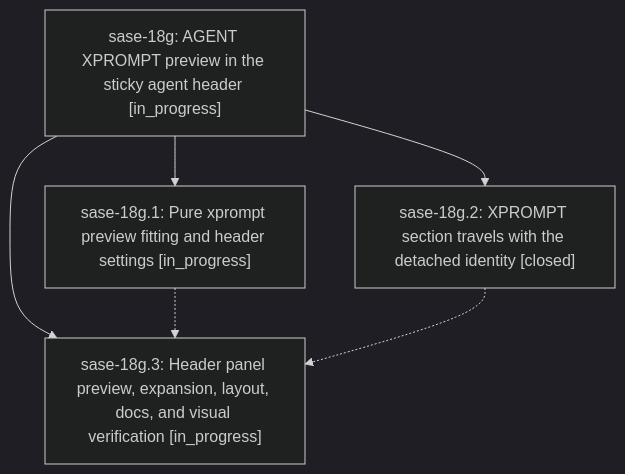
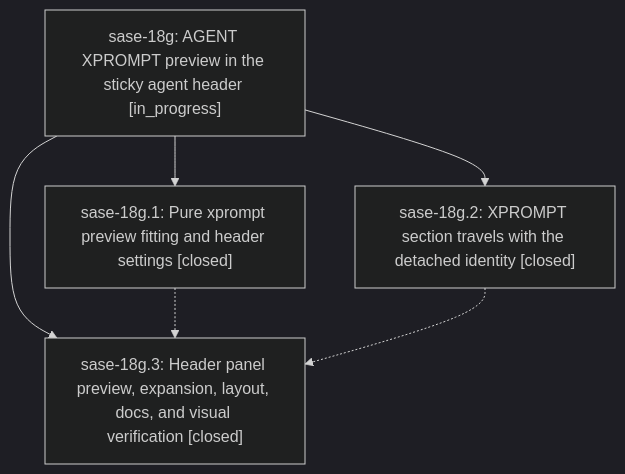
The diagram in pages/sase-18g/README.md (sase-org/sase--beads), drawn with Mermaid (dark theme) before and after one commit. The commit also changed other lines of this file and 3 other files, not shown here.

````diff
--- a/pages/sase-18g/README.md
+++ b/pages/sase-18g/README.md
@@ -24,12 +24,12 @@
 ```mermaid
 flowchart TD
     n0["sase-18g: AGENT XPROMPT preview in the sticky agent header [in_progress]"]
-    n1["sase-18g.1: Pure xprompt preview fitting and header settings [in_progress]"]
+    n1["sase-18g.1: Pure xprompt preview fitting and header settings [closed]"]
     n2["sase-18g.2: XPROMPT section travels with the detached identity [closed]"]
-    n3["sase-18g.3: Header panel preview, expansion, layout, docs, and visual verification [in_progress]"]
+    n3["sase-18g.3: Header panel preview, expansion, layout, docs, and visual verification [closed]"]
     n0 --> n1
     n0 --> n2
     n0 --> n3
     n1 -.-> n3
     n2 -.-> n3
 ```
````
